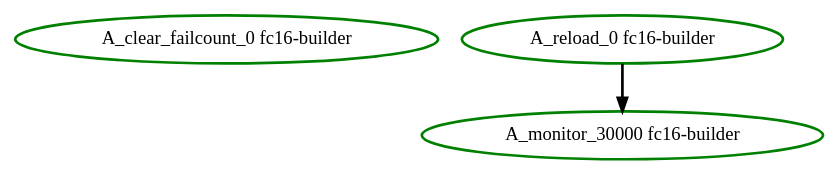
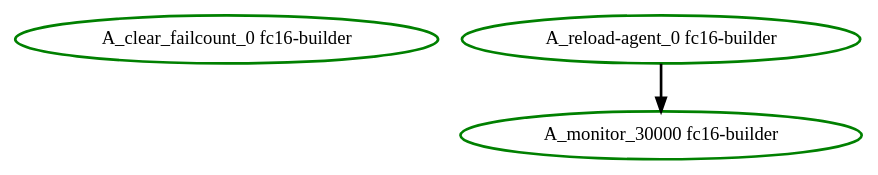
Before and after one commit to ClusterLabs/pacemaker: the diagram in cts/scheduler/dot/bug-5025-1.dot, drawn with Graphviz. The commit also changed 11 other files, not shown here.

Commit message:
Test: cts-scheduler: update expected test results for reload vs reload-agent change

```diff
--- a/cts/scheduler/dot/bug-5025-1.dot
+++ b/cts/scheduler/dot/bug-5025-1.dot
@@ -1,6 +1,6 @@
  digraph "g" {
 "A_clear_failcount_0 fc16-builder" [ style=bold color="green" fontcolor="black"]
 "A_monitor_30000 fc16-builder" [ style=bold color="green" fontcolor="black"]
-"A_reload_0 fc16-builder" -> "A_monitor_30000 fc16-builder" [ style = bold]
-"A_reload_0 fc16-builder" [ style=bold color="green" fontcolor="black"]
+"A_reload-agent_0 fc16-builder" -> "A_monitor_30000 fc16-builder" [ style = bold]
+"A_reload-agent_0 fc16-builder" [ style=bold color="green" fontcolor="black"]
 }
```
